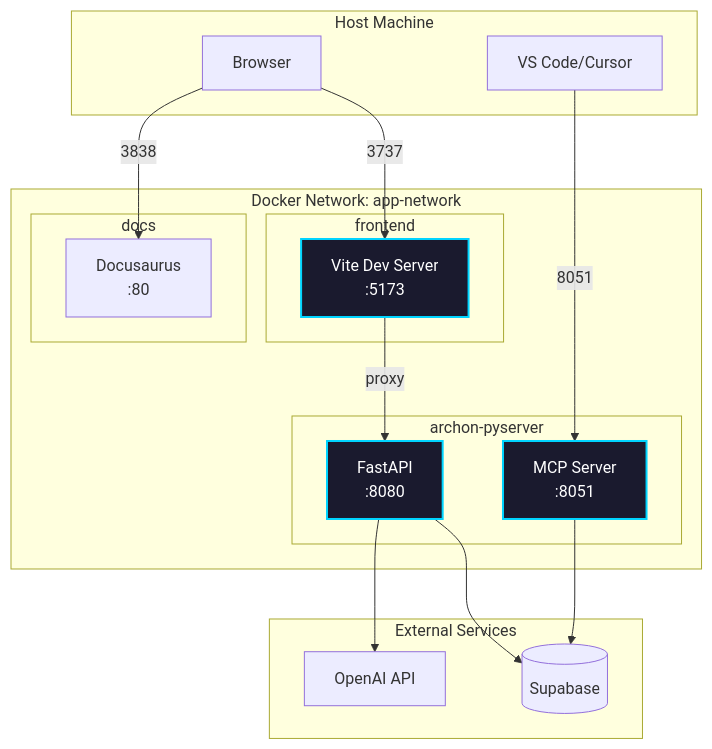
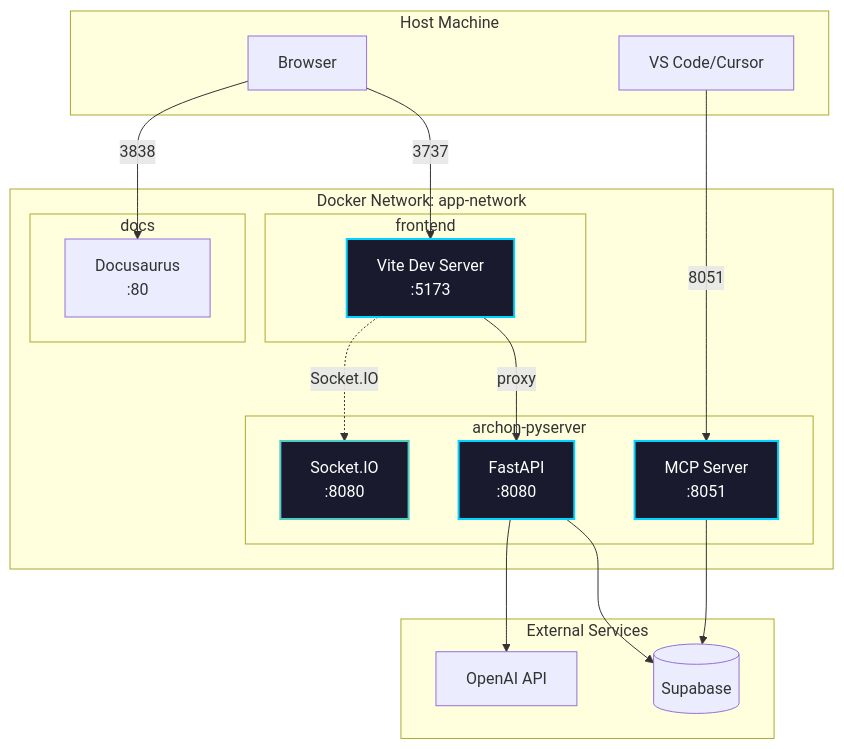
One commit to tarsonis125/mcp-crawl4ai-rag-ChromaDB-V1 changed the diagram in docs/docs/configuration.mdx. Above: the diagram before and after it, drawn with Mermaid. The commit also changed other lines of this file and 30 other files, not shown here.

````diff
--- a/docs/docs/configuration.mdx
+++ b/docs/docs/configuration.mdx
@@ -19,40 +19,43 @@
 ```mermaid
 graph TB
     subgraph "Docker Network: app-network"
         subgraph "archon-pyserver"
             API[FastAPI<br/>:8080]
+            SIO[Socket.IO<br/>:8080]
             MCP[MCP Server<br/>:8051]
         end
         
         subgraph "frontend"
             Vite[Vite Dev Server<br/>:5173]
         end
         
         subgraph "docs"
             Docusaurus[Docusaurus<br/>:80]
         end
     end
     
     subgraph "Host Machine"
         Browser[Browser]
         IDE[VS Code/Cursor]
     end
     
     subgraph "External Services"
         Supabase[(Supabase)]
         OpenAI[OpenAI API]
     end
     
     Browser -->|3737| Vite
     Browser -->|3838| Docusaurus
     IDE -->|8051| MCP
     
     Vite -->|proxy| API
+    Vite -.->|Socket.IO| SIO
     API --> Supabase
     API --> OpenAI
     MCP --> Supabase
     
     style API fill:#1a1a2e,stroke:#00d4ff,stroke-width:2px,color:#fff
+    style SIO fill:#1a1a2e,stroke:#4ecdc4,stroke-width:2px,color:#fff
     style MCP fill:#1a1a2e,stroke:#00d4ff,stroke-width:2px,color:#fff
     style Vite fill:#1a1a2e,stroke:#00d4ff,stroke-width:2px,color:#fff
 ```
````
